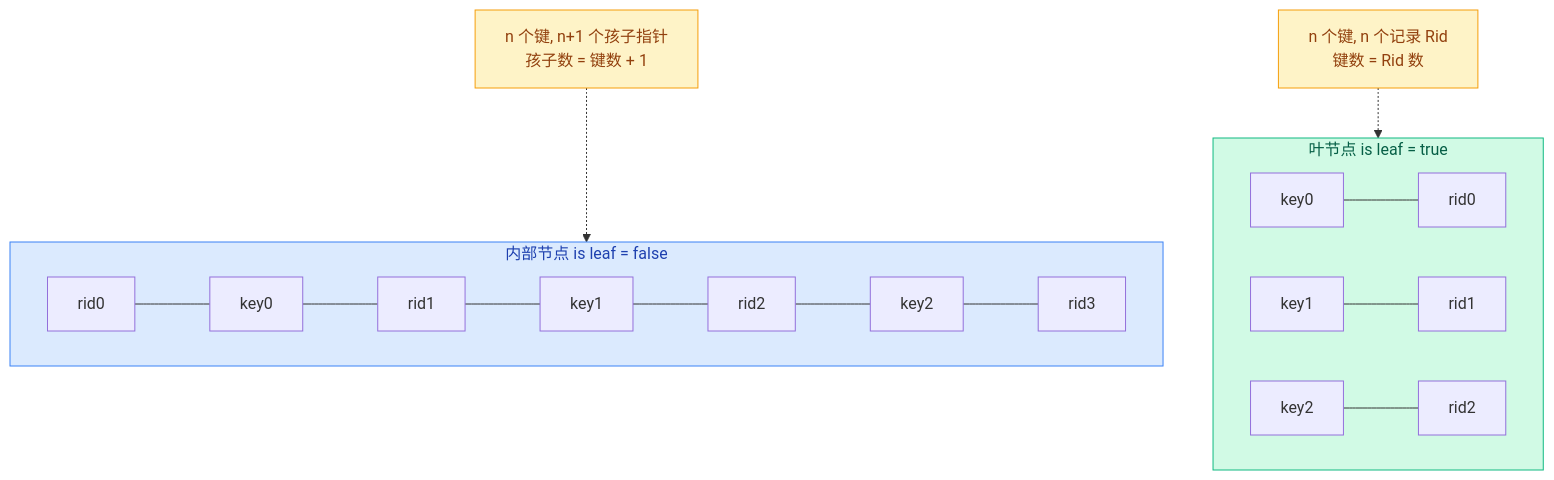
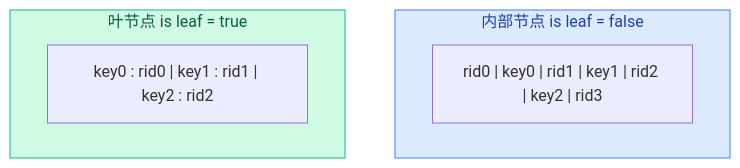
One commit to Dorian7Alden/RMDB-2024-Analyze changed the first of 2 diagrams in my-analysis/03-index-layer/04a-btree-search.md. Above: the diagram before and after it, drawn with Mermaid.

Commit message:
fix(index): 简化 B+ 树节点结构 mermaid 图为文字布局式
- 去掉容易误解的 chain 连线和便利贴备注
- 改为两个色块盒子内直接展示元素排列
- 内部节点 rid|key 交替，叶节点 key:rid 配对

````diff
--- a/my-analysis/03-index-layer/04a-btree-search.md
+++ b/my-analysis/03-index-layer/04a-btree-search.md
@@ -7,22 +7,13 @@
 ```mermaid
 flowchart TB
     subgraph internal["内部节点 is leaf = false"]
-        direction LR
-        r0["rid0"] --- k0["key0"] --- r1["rid1"] --- k1["key1"] --- r2["rid2"] --- k2["key2"] --- r3["rid3"]
+        i_text["rid0 | key0 | rid1 | key1 | rid2 | key2 | rid3"]
     end
 
     subgraph leaf["叶节点 is leaf = true"]
-        direction LR
-        k0l["key0"] --- r0l["rid0"]
-        k1l["key1"] --- r1l["rid1"]
-        k2l["key2"] --- r2l["rid2"]
+        l_text["key0 : rid0 | key1 : rid1 | key2 : rid2"]
     end
-
-    sticky1["n 个键, n+1 个孩子指针<br/>孩子数 = 键数 + 1"] -.-> internal
-    sticky2["n 个键, n 个记录 Rid<br/>键数 = Rid 数"] -.-> leaf
 
     style internal fill:#dbeafe,stroke:#3b82f6,color:#1e40af
     style leaf fill:#d1fae5,stroke:#10b981,color:#065f46
-    style sticky1 fill:#fef3c7,stroke:#f59e0b,color:#92400e
-    style sticky2 fill:#fef3c7,stroke:#f59e0b,color:#92400e
 ```
````
